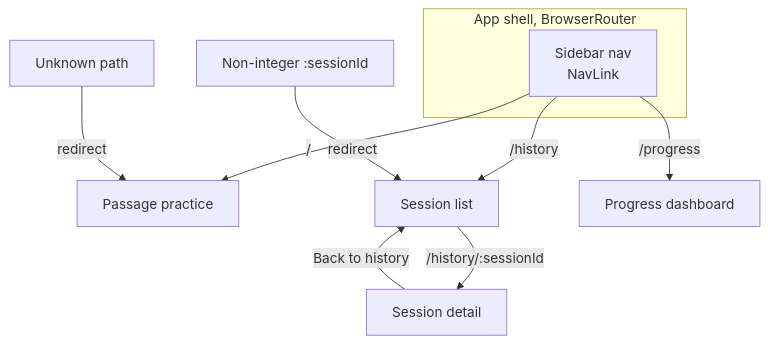
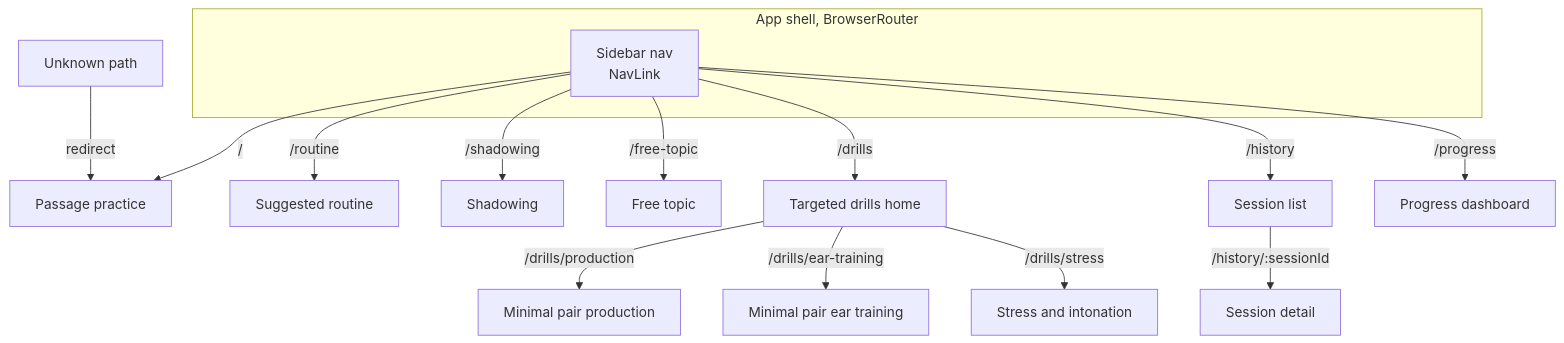
Before and after one commit to erclx/diction: the fourth of 4 diagrams in .claude/DIAGRAMS.md, drawn with Mermaid. The commit also changed other lines of this file and 3 other files, not shown here.

First line of the commit message:
docs: sync claude seed, close mvp roadmap, refresh readme (#39)

````diff
--- a/.claude/DIAGRAMS.md
+++ b/.claude/DIAGRAMS.md
@@ -103,14 +103,19 @@
 ```mermaid
 flowchart TB
     subgraph Shell["App shell, BrowserRouter"]
         NAV["Sidebar nav<br/>NavLink"]
     end
 
-    NAV -->|/| PRACTICE["Passage practice"]
+    NAV -->|/| PASSAGE["Passage practice"]
+    NAV -->|/routine| ROUTINE["Suggested routine"]
+    NAV -->|/shadowing| SHADOW["Shadowing"]
+    NAV -->|/free-topic| FREE["Free topic"]
+    NAV -->|/drills| DRILLS["Targeted drills home"]
+    DRILLS -->|/drills/production| PROD["Minimal pair production"]
+    DRILLS -->|/drills/ear-training| EAR["Minimal pair ear training"]
+    DRILLS -->|/drills/stress| STRESS["Stress and intonation"]
     NAV -->|/history| LIST["Session list"]
+    LIST -->|/history/:sessionId| DETAIL["Session detail"]
     NAV -->|/progress| PROGRESS["Progress dashboard"]
-    LIST -->|/history/:sessionId| DETAIL["Session detail"]
-    DETAIL -->|Back to history| LIST
-    UNKNOWN["Unknown path"] -->|redirect| PRACTICE
-    BAD_ID["Non-integer :sessionId"] -->|redirect| LIST
+    UNKNOWN["Unknown path"] -->|redirect| PASSAGE
 ```
````
